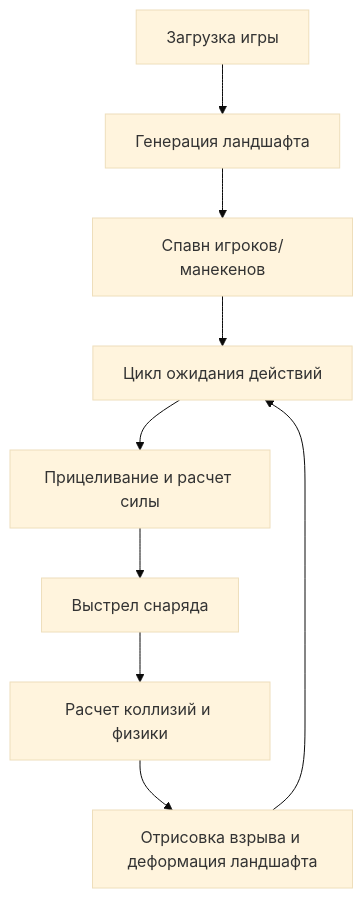
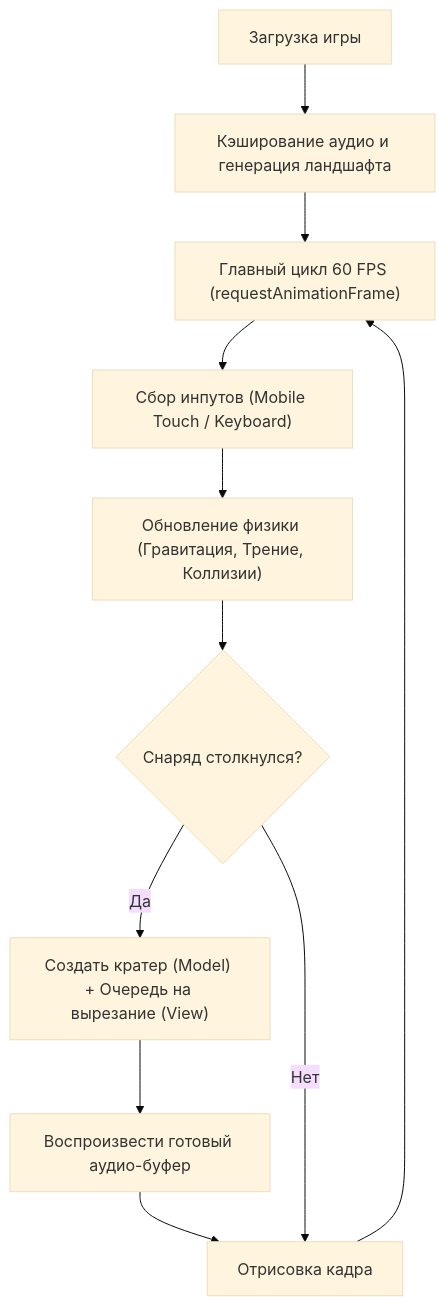
The diagram in docs/PRD.md (zapleoceo/Webworms), drawn with Mermaid (base theme) before and after one commit. The commit also changed other lines of this file and 6 other files, not shown here.

````diff
--- a/docs/PRD.md
+++ b/docs/PRD.md
@@ -26,11 +19,13 @@
 ```mermaid
 flowchart TD
-    A["Загрузка игры"] --> B["Генерация ландшафта"]
-    B --> C["Спавн игроков/манекенов"]
-    C --> D["Цикл ожидания действий"]
-    D --> E["Прицеливание и расчет силы"]
-    E --> F["Выстрел снаряда"]
-    F --> G["Расчет коллизий и физики"]
-    G --> H["Отрисовка взрыва и деформация ландшафта"]
-    H --> D
+    A["Загрузка игры"] --> B["Кэширование аудио и генерация ландшафта"]
+    B --> C["Главный цикл 60 FPS (requestAnimationFrame)"]
+    C --> D["Сбор инпутов (Mobile Touch / Keyboard)"]
+    D --> E["Обновление физики (Гравитация, Трение, Коллизии)"]
+    E --> F{"Снаряд столкнулся?"}
+    F -- Да --> G["Создать кратер (Model) + Очередь на вырезание (View)"]
+    G --> H["Воспроизвести готовый аудио-буфер"]
+    H --> I["Отрисовка кадра"]
+    F -- Нет --> I
+    I --> C
 ```
````
